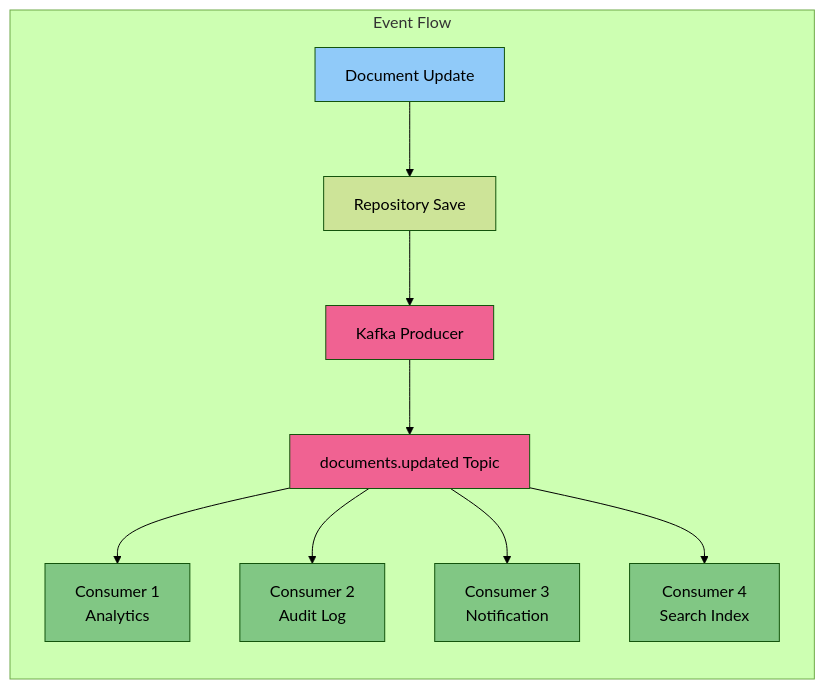
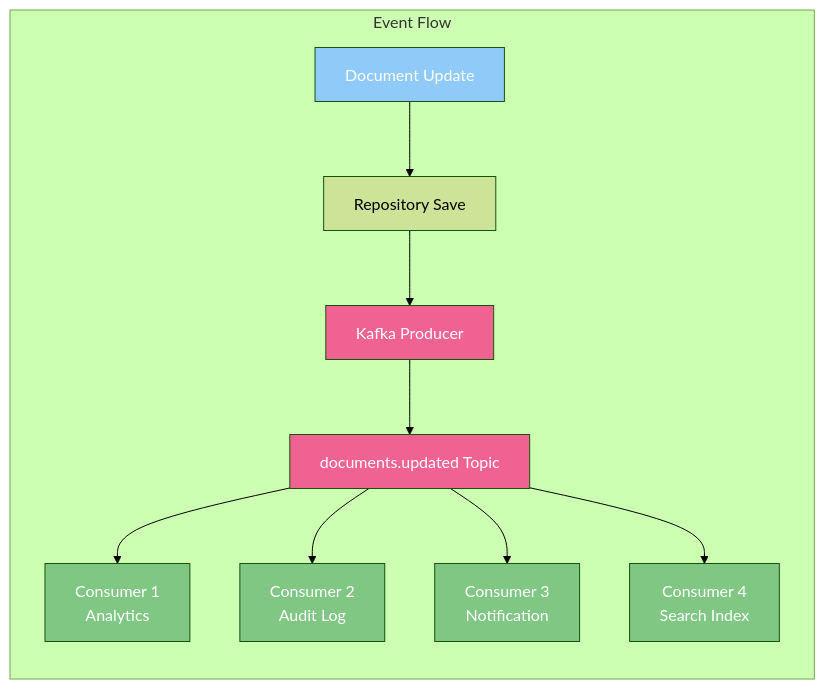
The seventh of 11 diagrams in docs/ARCHITECTURE.md (YouSangSon/database-service), drawn with Mermaid (forest theme) before and after one commit. The commit also changed other lines of this file and 1 other file, not shown here.

First line of the commit message:
Fix Mermaid diagram text colors for better readability

````diff
--- a/docs/ARCHITECTURE.md
+++ b/docs/ARCHITECTURE.md
@@ -317,21 +317,21 @@
 ```mermaid
 graph LR
     subgraph "Event Flow"
         A[Document Update] --> B[Repository Save]
         B --> C[Kafka Producer]
         C --> D[documents.updated Topic]
 
         D --> E[Consumer 1<br/>Analytics]
         D --> F[Consumer 2<br/>Audit Log]
         D --> G[Consumer 3<br/>Notification]
         D --> H[Consumer 4<br/>Search Index]
     end
 
-    style A fill:#90caf9
-    style C fill:#f06292
-    style D fill:#f06292
-    style E fill:#81c784
-    style F fill:#81c784
-    style G fill:#81c784
-    style H fill:#81c784
+    style A fill:#90caf9,color:#fff
+    style C fill:#f06292,color:#fff
+    style D fill:#f06292,color:#fff
+    style E fill:#81c784,color:#fff
+    style F fill:#81c784,color:#fff
+    style G fill:#81c784,color:#fff
+    style H fill:#81c784,color:#fff
 ```
````
